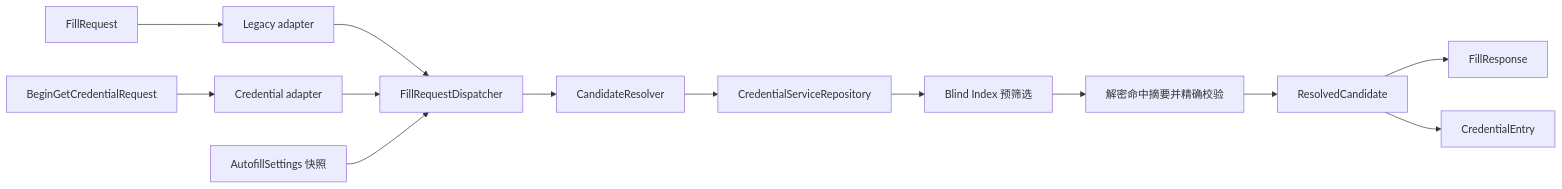
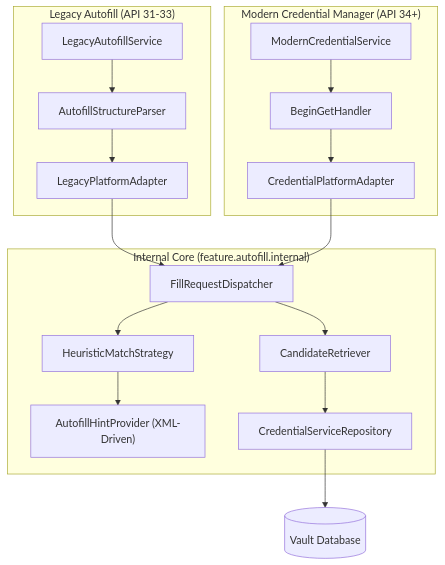
The diagram in docs/security/autofill.md (aozijx/Passly), drawn with Mermaid before and after one commit. The commit also changed other lines of this file and 87 other files, not shown here.

Commit message:
refactor: redesign autofill architecture

````diff
--- a/docs/security/autofill.md
+++ b/docs/security/autofill.md
@@ -8,15 +10,23 @@
 ```mermaid
-flowchart LR
-    Legacy["FillRequest"] --> Parser["Legacy adapter"]
-    Modern["BeginGetCredentialRequest"] --> Credential["Credential adapter"]
-    Parser --> Dispatcher["FillRequestDispatcher"]
-    Credential --> Dispatcher
-    Settings["AutofillSettings 快照"] --> Dispatcher
-    Dispatcher --> Resolver["CandidateResolver"]
-    Resolver --> Contract["CredentialServiceRepository"]
-    Contract --> Index["Blind Index 预筛选"]
-    Index --> Repo["解密命中摘要并精确校验"]
-    Repo --> Candidate["ResolvedCandidate"]
-    Candidate --> LegacyResponse["FillResponse"]
-    Candidate --> ModernResponse["CredentialEntry"]
+flowchart TD
+    subgraph Legacy_Framework ["Legacy Autofill (API 31-33)"]
+        LAS["LegacyAutofillService"] --> ASP["AutofillStructureParser"]
+        ASP --> LPA["LegacyPlatformAdapter"]
+    end
+
+    subgraph Modern_Framework ["Modern Credential Manager (API 34+)"]
+        MCS["ModernCredentialService"] --> BGH["BeginGetHandler"]
+        BGH --> MPA["CredentialPlatformAdapter"]
+    end
+
+    subgraph Internal_Core ["Internal Core (feature.autofill.internal)"]
+        LPA --> FRD["FillRequestDispatcher"]
+        MPA --> FRD
+        FRD --> HMS["HeuristicMatchStrategy"]
+        HMS --> AHP["AutofillHintProvider (XML-Driven)"]
+        FRD --> CR["CandidateRetriever"]
+        CR --> Repository["CredentialServiceRepository"]
+    end
+
+    Repository --> DB[(Vault Database)]
 ```
````
